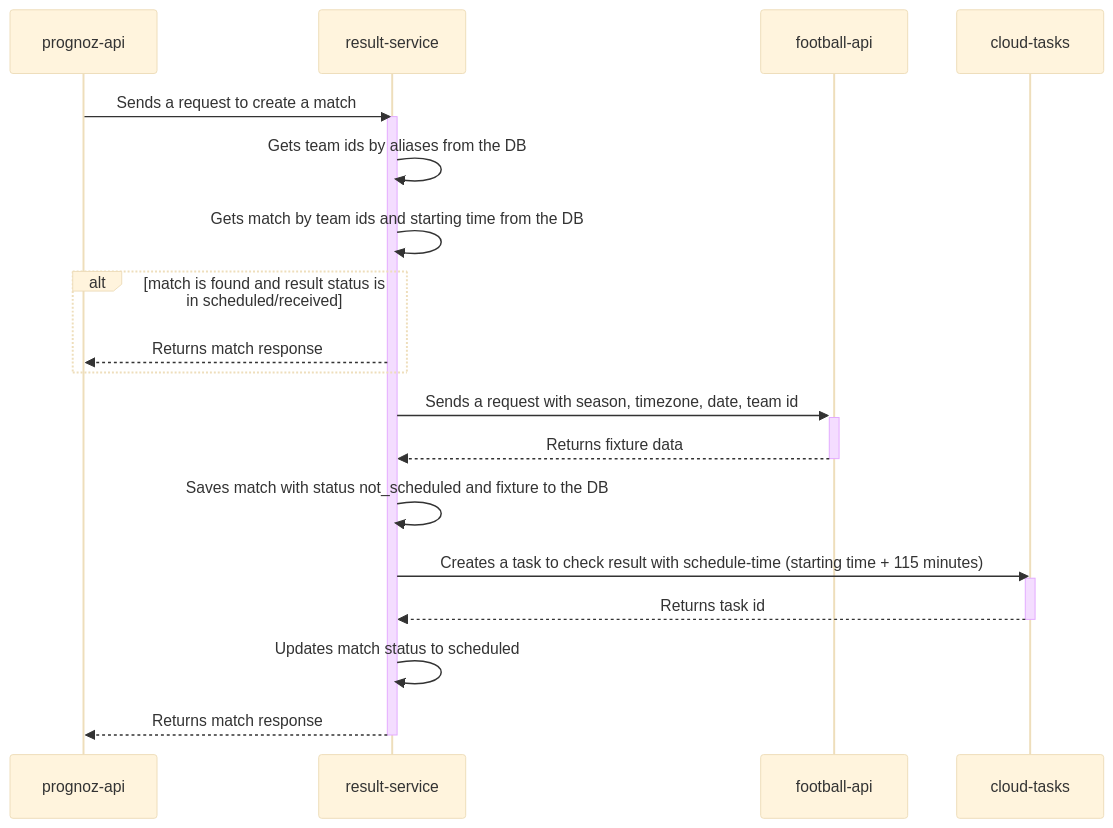
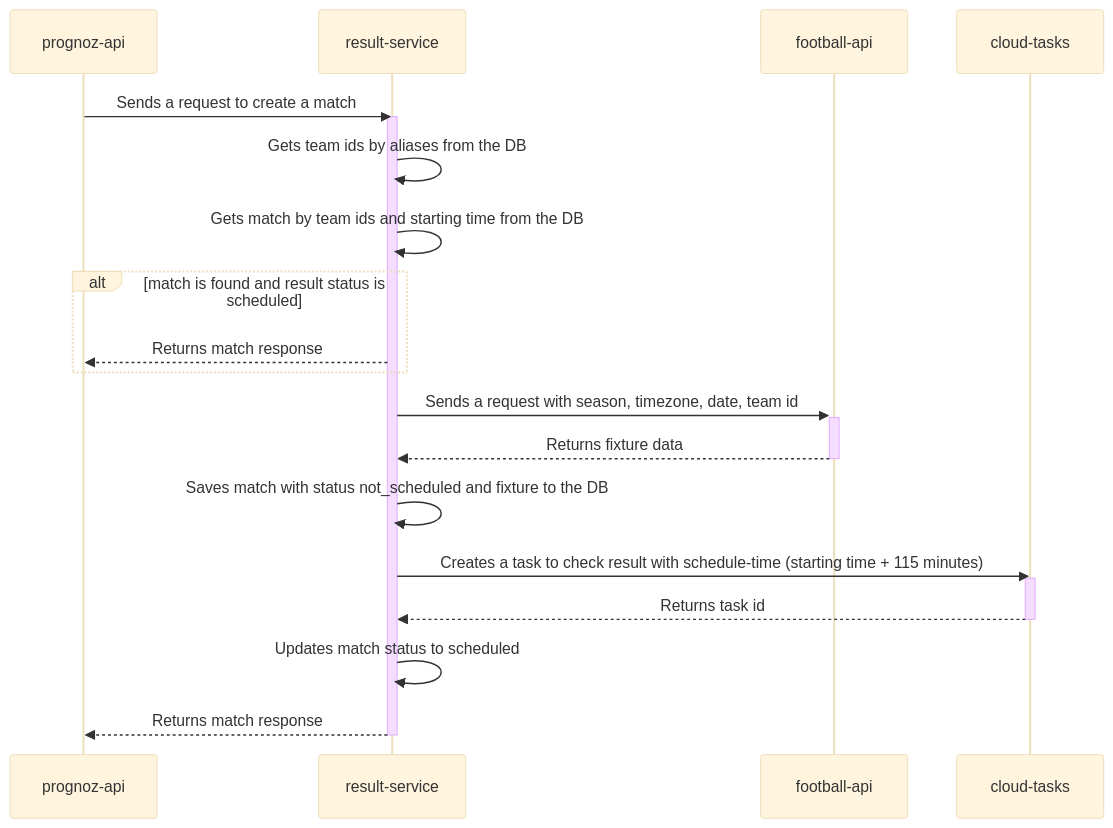
One commit to andrewshostak/result-service changed the third of 7 diagrams in README.md. Above: the diagram before and after it, drawn with Mermaid (base theme). The commit also changed other lines of this file and 1 other file, not shown here.

Commit message:
Add alias service tests, upd readme

````diff
--- a/README.md
+++ b/README.md
@@ -124,24 +124,24 @@
 ```mermaid
 sequenceDiagram
 participant API as prognoz-api
 participant ResultService as result-service
 participant FootballAPI as football-api
 participant CloudTasks as cloud-tasks
 API->>ResultService: Sends a request to create a match
 Activate ResultService
 ResultService->>ResultService: Gets team ids by aliases from the DB
 ResultService->>ResultService: Gets match by team ids and starting time from the DB
-alt match is found and result status is in scheduled/received
+alt match is found and result status is scheduled
     ResultService-->>API: Returns match response
 end
 ResultService->>+FootballAPI: Sends a request with season, timezone, date, team id
 FootballAPI-->>-ResultService: Returns fixture data
 ResultService->>ResultService: Saves match with status not_scheduled and fixture to the DB
 ResultService->>CloudTasks: Creates a task to check result with schedule-time (starting time + 115 minutes)
 Activate CloudTasks
 CloudTasks-->>ResultService: Returns task id
 Deactivate CloudTasks
 ResultService->>ResultService: Updates match status to scheduled
 ResultService-->>API: Returns match response
 Deactivate ResultService
 ```
````
